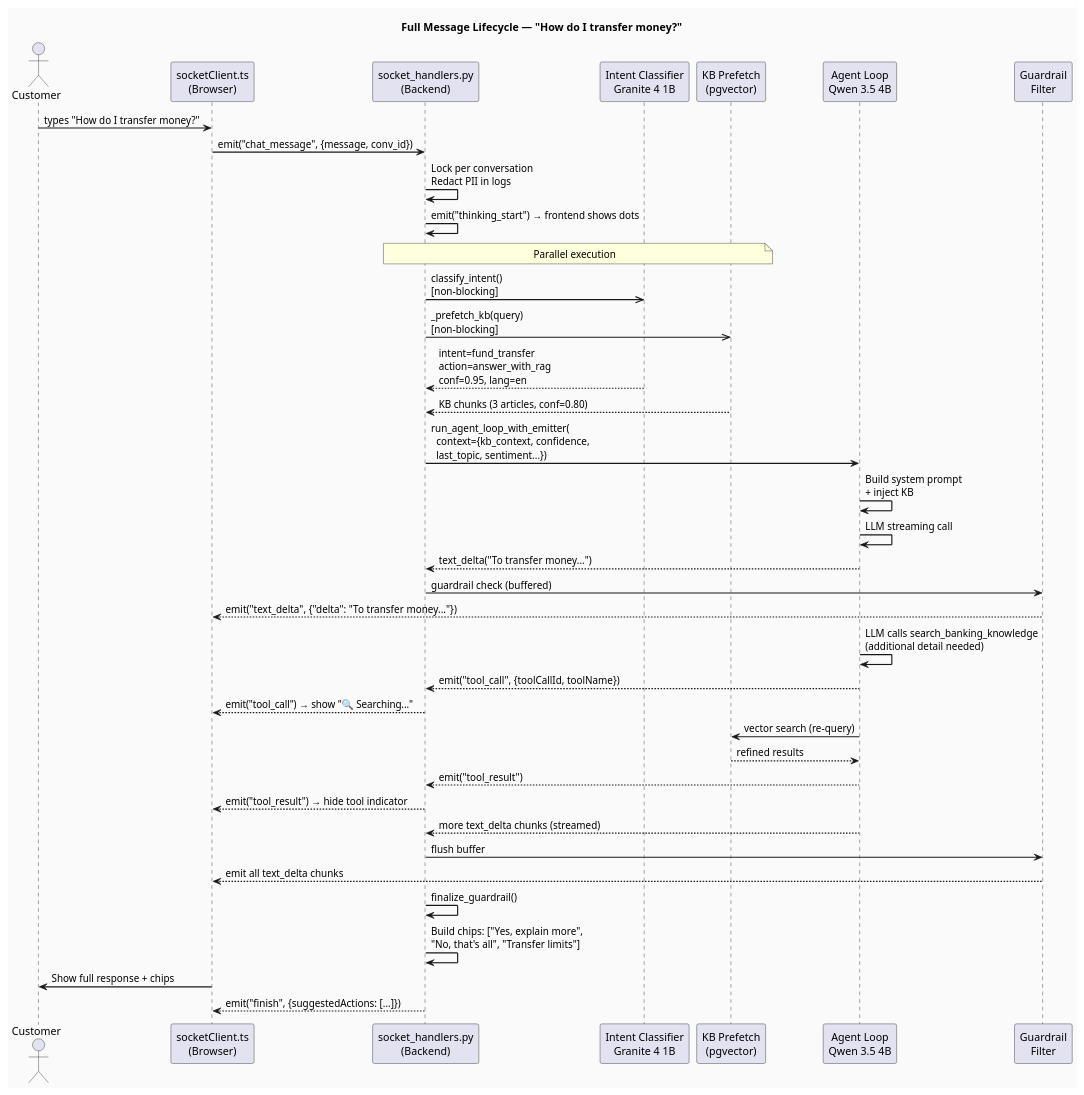
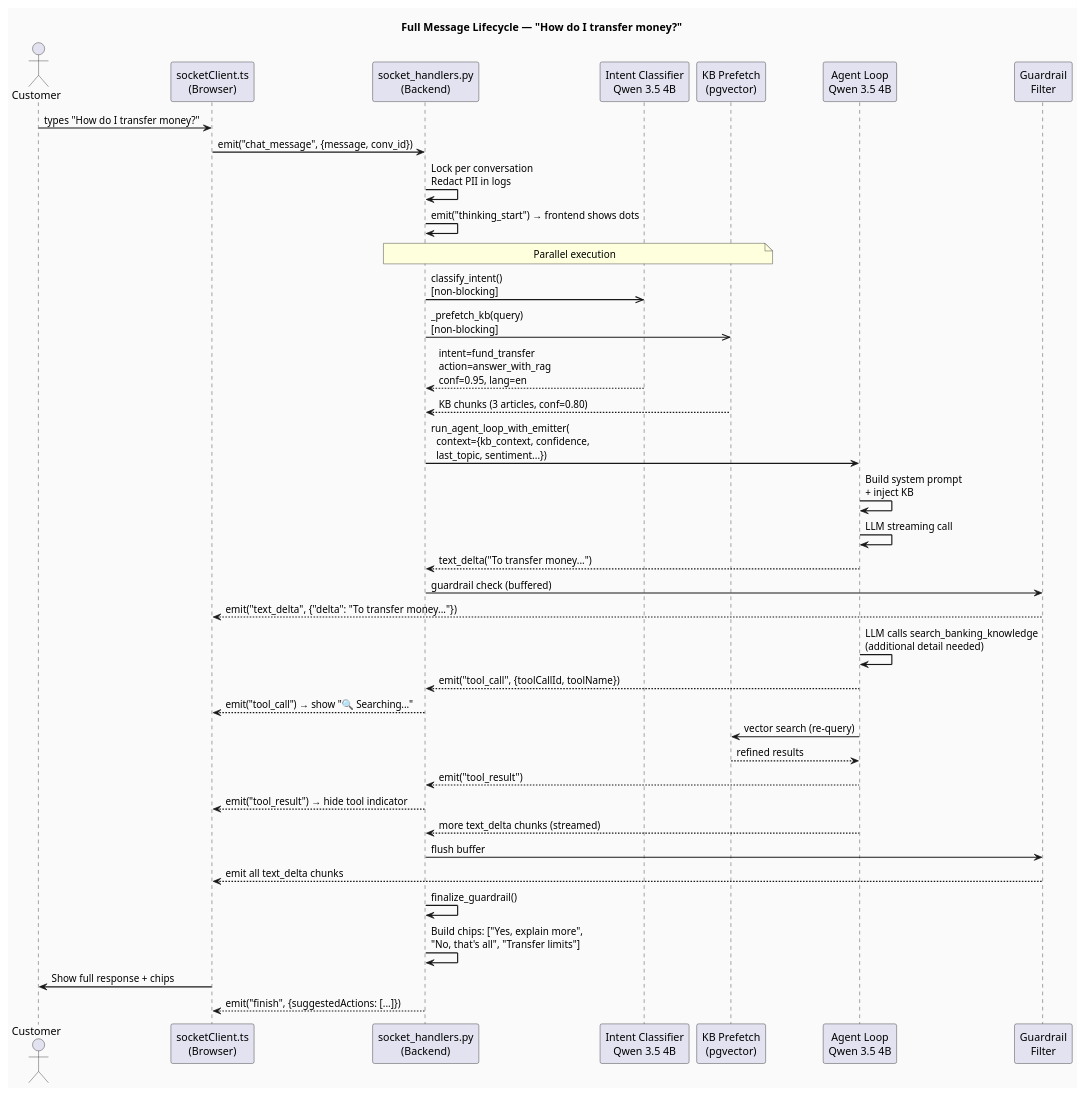
One commit to MdYeasinSamadArnob/Chatbot_template changed the sixth of 6 diagrams in ARCHITECTURE.md. Above: the diagram before and after it, drawn with PlantUML. The commit also changed other lines of this file and 14 other files, not shown here.

````diff
--- a/ARCHITECTURE.md
+++ b/ARCHITECTURE.md
@@ -737,58 +1737,58 @@
 ```plantuml
 @startuml MessageLifecycle
 skinparam backgroundColor #FAFAFA
 skinparam shadowing false
 skinparam sequenceArrowThickness 1.5
 
 title Full Message Lifecycle — "How do I transfer money?"
 
 actor Customer
 participant "socketClient.ts\n(Browser)" as SC
 participant "socket_handlers.py\n(Backend)" as SH
-participant "Intent Classifier\nGranite 4 1B" as CLS
+participant "Intent Classifier\nQwen 3.5 4B" as CLS
 participant "KB Prefetch\n(pgvector)" as KB
 participant "Agent Loop\nQwen 3.5 4B" as AL
 participant "Guardrail\nFilter" as GR
 
 Customer -> SC : types "How do I transfer money?"
 SC -> SH : emit("chat_message", {message, conv_id})
 
 SH -> SH : Lock per conversation\nRedact PII in logs
 SH -> SH : emit("thinking_start") → frontend shows dots
 
 note over SH,KB : Parallel execution
 SH ->> CLS : classify_intent()\n[non-blocking]
 SH ->> KB : _prefetch_kb(query)\n[non-blocking]
 
 CLS --> SH : intent=fund_transfer\naction=answer_with_rag\nconf=0.95, lang=en
 KB --> SH : KB chunks (3 articles, conf=0.80)
 
 SH -> AL : run_agent_loop_with_emitter(\n  context={kb_context, confidence,\n  last_topic, sentiment...})
 
 AL -> AL : Build system prompt\n+ inject KB
 AL -> AL : LLM streaming call
 AL --> SH : text_delta("To transfer money...")
 SH -> GR : guardrail check (buffered)
 GR --> SC : emit("text_delta", {"delta": "To transfer money..."})
 
 AL -> AL : LLM calls search_banking_knowledge\n(additional detail needed)
 AL --> SH : emit("tool_call", {toolCallId, toolName})
 SH --> SC : emit("tool_call") → show "🔍 Searching..."
 
 AL -> KB : vector search (re-query)
 KB --> AL : refined results
 AL --> SH : emit("tool_result")
 SH --> SC : emit("tool_result") → hide tool indicator
 
 AL --> SH : more text_delta chunks (streamed)
 SH -> GR : flush buffer
 GR --> SC : emit all text_delta chunks
 
 SH -> SH : finalize_guardrail()
 SH -> SH : Build chips: ["Yes, explain more",\n"No, that's all", "Transfer limits"]
 SC -> Customer : Show full response + chips
 
 SH --> SC : emit("finish", {suggestedActions: [...]})
 
 @enduml
 ```
````
